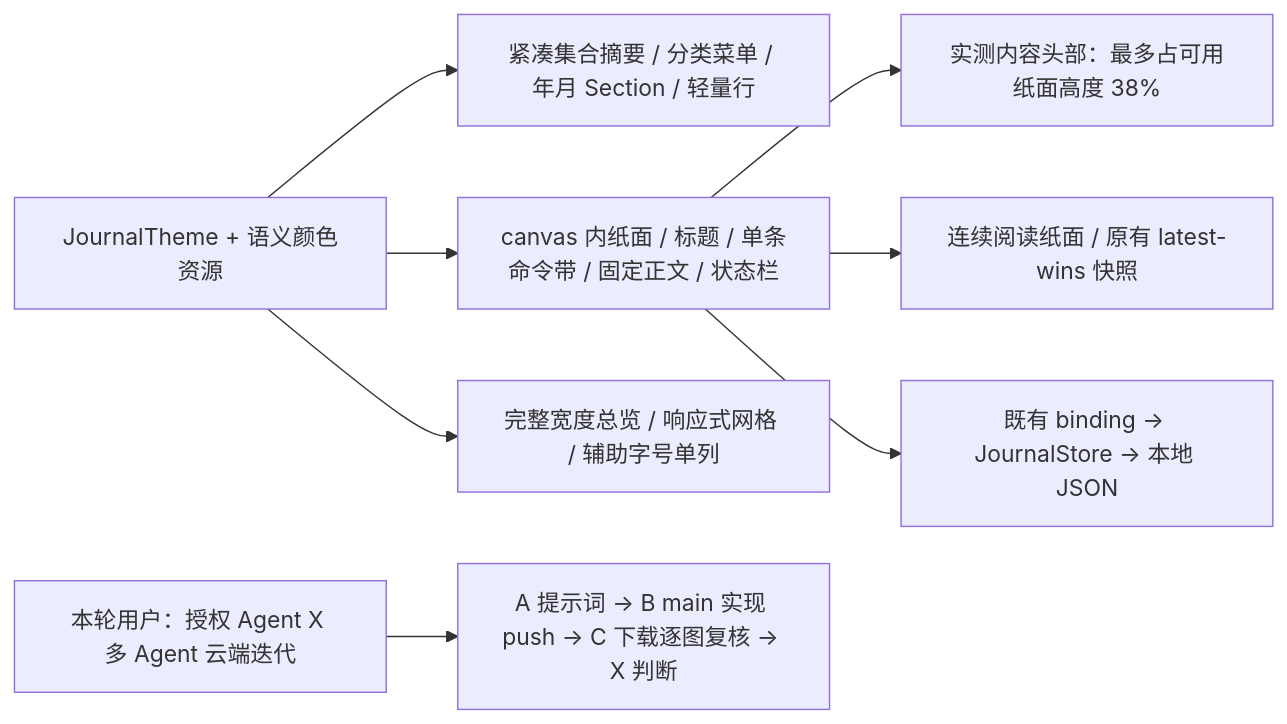
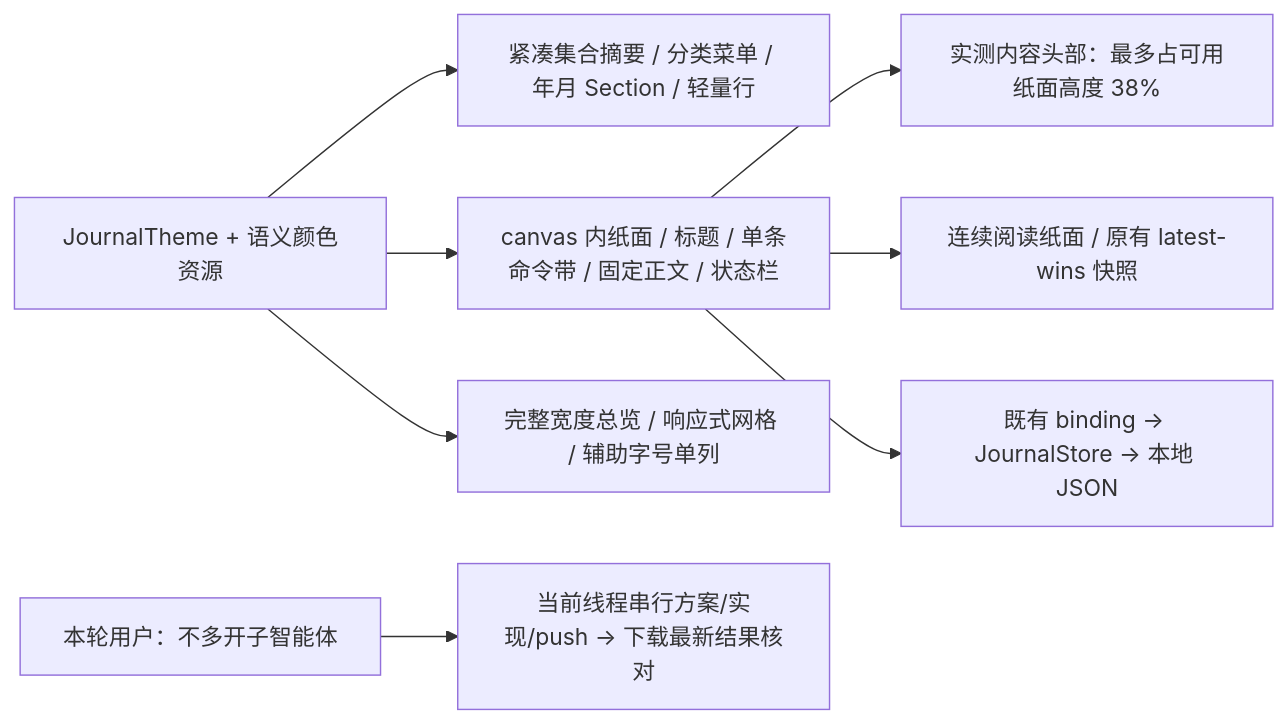
The second of 11 diagrams in md/flow/flowchart.md (Altman-sam114/117), drawn with Mermaid before and after one commit. The commit also changed other lines of this file and 32 other files, not shown here.

````diff
--- a/md/flow/flowchart.md
+++ b/md/flow/flowchart.md
@@ -7,10 +24,10 @@
 ```mermaid
 flowchart LR
   Theme["JournalTheme + 语义颜色资源"] --> Library["紧凑集合摘要 / 分类菜单 / 年月 Section / 轻量行"]
   Theme --> Workspace["canvas 内纸面 / 标题 / 单条命令带 / 固定正文 / 状态栏"]
   Workspace --> Header["实测内容头部：最多占可用纸面高度 38%"]
   Workspace --> Preview["连续阅读纸面 / 原有 latest-wins 快照"]
   Theme --> Stats["完整宽度总览 / 响应式网格 / 辅助字号单列"]
   Workspace --> Binding["既有 binding → JournalStore → 本地 JSON"]
-  User["本轮用户：授权 Agent X 多 Agent 云端迭代"] --> Agents["A 提示词 → B main 实现 push → C 下载逐图复核 → X 判断"]
+  User["本轮用户：不多开子智能体"] --> Agents["当前线程串行方案/实现/push → 下载最新结果核对"]
 ```
````
